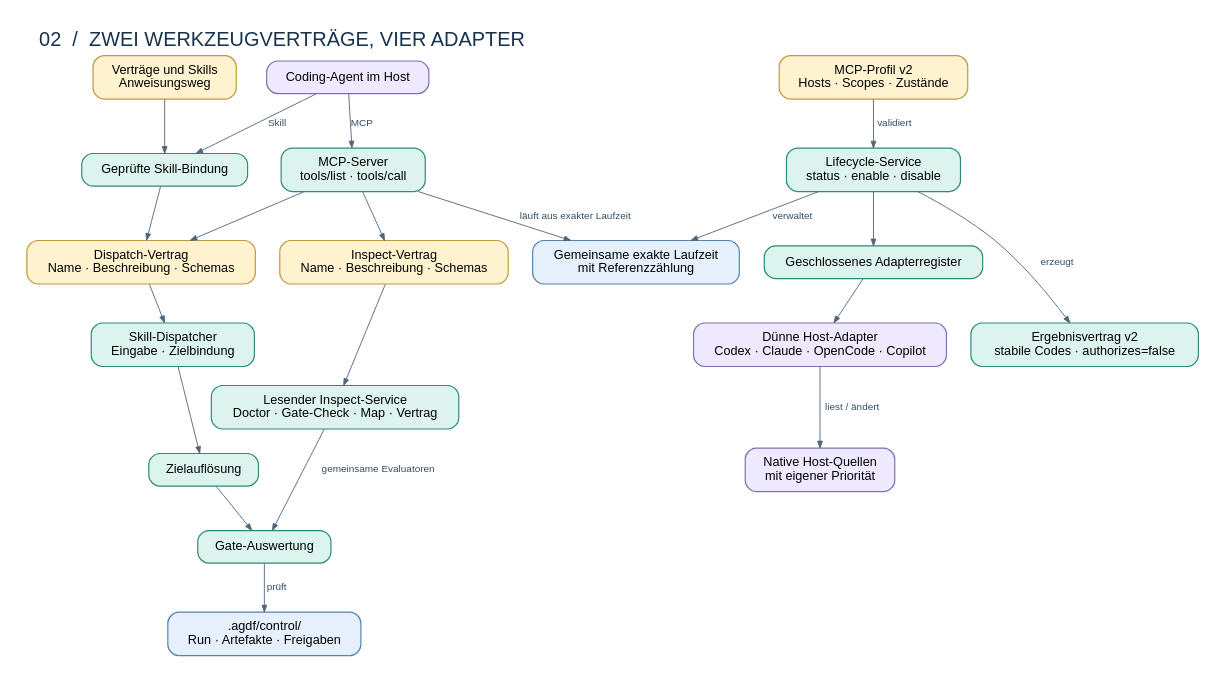
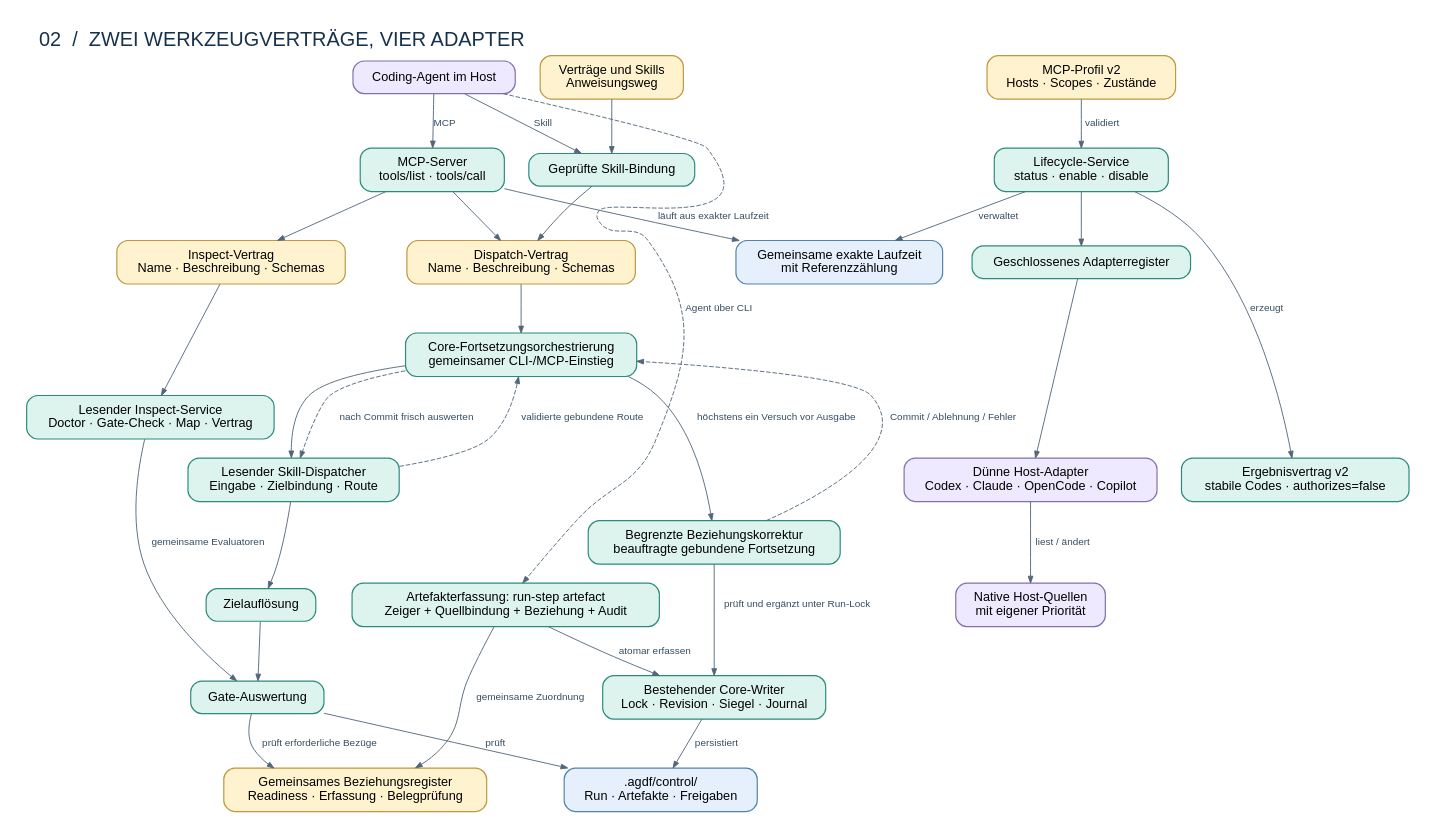
Before and after one commit to ArndtGold/ai-native-governance-delivery-framework: the diagram in docs/architecture/diagrams/02-components.dot, drawn with Graphviz. The commit also changed 176 other files, not shown here.

```diff
--- a/docs/architecture/diagrams/02-components.dot
+++ b/docs/architecture/diagrams/02-components.dot
@@ -1,52 +1,68 @@
 digraph components {
   graph [rankdir=TB, newrank=true, bgcolor="white", pad=0.3, nodesep=0.38, ranksep=0.58, fontname="Helvetica", label="02  /  ZWEI WERKZEUGVERTRÄGE, VIER ADAPTER", labelloc=t, labeljust=l, fontsize=22, fontcolor="#17324D"];
   node [shape=box, style="rounded,filled", color="#2D8B7B", fillcolor="#DDF4EE", fontname="Helvetica", fontsize=14, margin="0.18,0.12", penwidth=1.3];
   edge [color="#52667A", arrowsize=0.75, fontname="Helvetica", fontsize=11, fontcolor="#354D61"];
 
   skills [label="Verträge und Skills\nAnweisungsweg", fillcolor="#FFF2CF", color="#BF9840"];
   binding [label="Geprüfte Skill-Bindung"];
   host [label="Coding-Agent im Host", fillcolor="#EEE9FF", color="#8270AE"];
   server [label="MCP-Server\ntools/list · tools/call"];
   contract [label="Dispatch-Vertrag\nName · Beschreibung · Schemas", fillcolor="#FFF2CF", color="#BF9840"];
-  dispatch [label="Skill-Dispatcher\nEingabe · Zielbindung"];
+  continuation [label="Core-Fortsetzungsorchestrierung\ngemeinsamer CLI-/MCP-Einstieg"];
+  dispatch [label="Lesender Skill-Dispatcher\nEingabe · Zielbindung · Route"];
   inspect_contract [label="Inspect-Vertrag\nName · Beschreibung · Schemas", fillcolor="#FFF2CF", color="#BF9840"];
   inspect [label="Lesender Inspect-Service\nDoctor · Gate-Check · Map · Vertrag"];
   target [label="Zielauflösung"];
   gate [label="Gate-Auswertung"];
+  relationships [label="Gemeinsames Beziehungsregister\nReadiness · Erfassung · Belegprüfung", fillcolor="#FFF2CF", color="#BF9840"];
+  correction [label="Begrenzte Beziehungskorrektur\nbeauftragte gebundene Fortsetzung"];
+  recording [label="Artefakterfassung: run-step artefact\nZeiger + Quellbindung + Beziehung + Audit"];
+  writer [label="Bestehender Core-Writer\nLock · Revision · Siegel · Journal"];
   state [label=".agdf/control/\nRun · Artefakte · Freigaben", fillcolor="#E5F0FC", color="#5284AD"];
 
   profile [label="MCP-Profil v2\nHosts · Scopes · Zustände", fillcolor="#FFF2CF", color="#BF9840"];
   service [label="Lifecycle-Service\nstatus · enable · disable"];
   registry [label="Geschlossenes Adapterregister"];
   adapters [label="Dünne Host-Adapter\nCodex · Claude · OpenCode · Copilot", fillcolor="#EEE9FF", color="#8270AE"];
   config [label="Native Host-Quellen\nmit eigener Priorität", fillcolor="#EEE9FF", color="#8270AE"];
   runtime [label="Gemeinsame exakte Laufzeit\nmit Referenzzählung", fillcolor="#E5F0FC", color="#5284AD"];
   result [label="Ergebnisvertrag v2\nstabile Codes · authorizes=false"];
 
   host -> binding [label="Skill"];
   host -> server [label="MCP"];
   skills -> binding;
   binding -> contract;
   server -> contract;
   server -> inspect_contract;
-  contract -> dispatch;
+  contract -> continuation;
+  continuation -> dispatch;
   inspect_contract -> inspect;
   dispatch -> target;
   target -> gate;
   inspect -> gate [label="gemeinsame Evaluatoren"];
   gate -> state [label="prüft"];
+  gate -> relationships [label="prüft erforderliche Bezüge"];
+  dispatch -> continuation [label="validierte gebundene Route", style=dashed, constraint=false];
+  continuation -> correction [label="höchstens ein Versuch vor Ausgabe"];
+  correction -> writer [label="prüft und ergänzt unter Run-Lock"];
+  correction -> continuation [label="Commit / Ablehnung / Fehler", style=dashed, constraint=false];
+  continuation -> dispatch [label="nach Commit frisch auswerten", style=dashed, constraint=false];
+  host -> recording [label="Agent über CLI", style=dashed, constraint=false];
+  recording -> relationships [label="gemeinsame Zuordnung"];
+  recording -> writer [label="atomar erfassen"];
+  writer -> state [label="persistiert"];
 
   profile -> service [label="validiert"];
   service -> registry;
   registry -> adapters;
   adapters -> config [label="liest / ändert"];
   service -> runtime [label="verwaltet"];
   service -> result [label="erzeugt"];
   server -> runtime [label="läuft aus exakter Laufzeit"];
 
   {rank=same; skills; host; profile;}
   {rank=same; binding; server; service;}
   {rank=same; contract; registry; runtime;}
   {rank=same; dispatch; adapters; result;}
   {rank=same; target; config;}
 }
```
